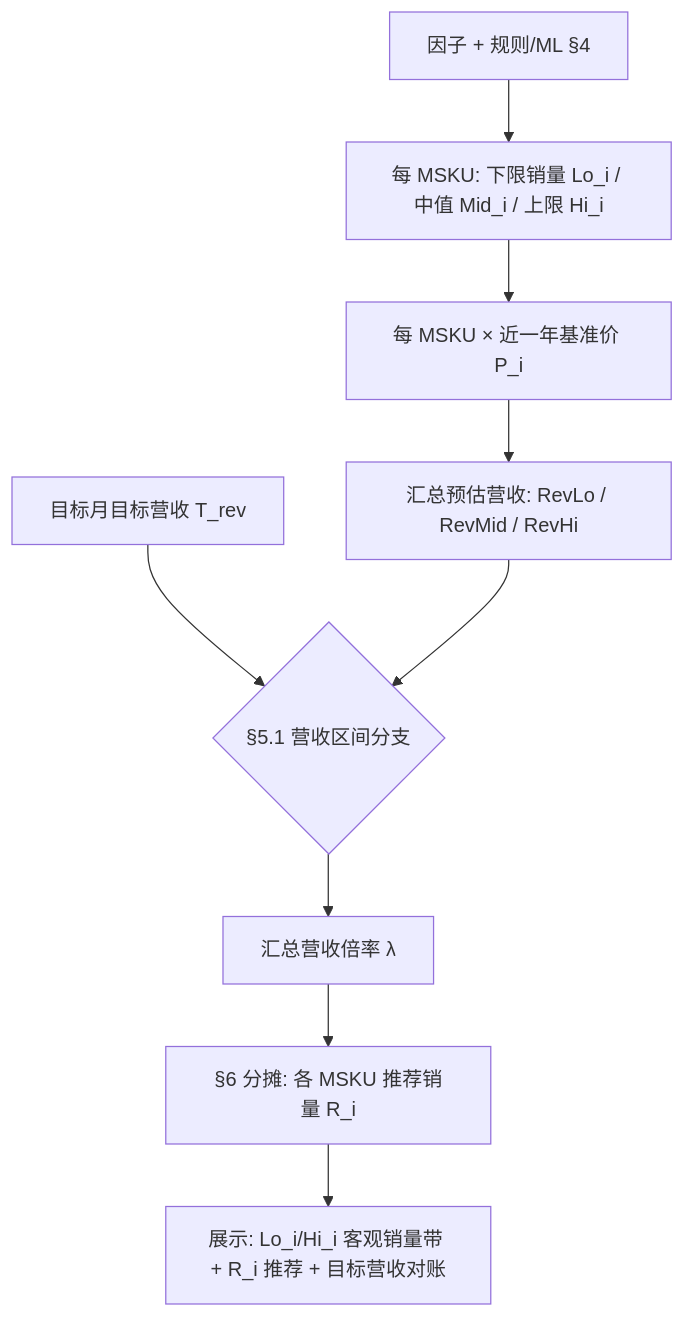
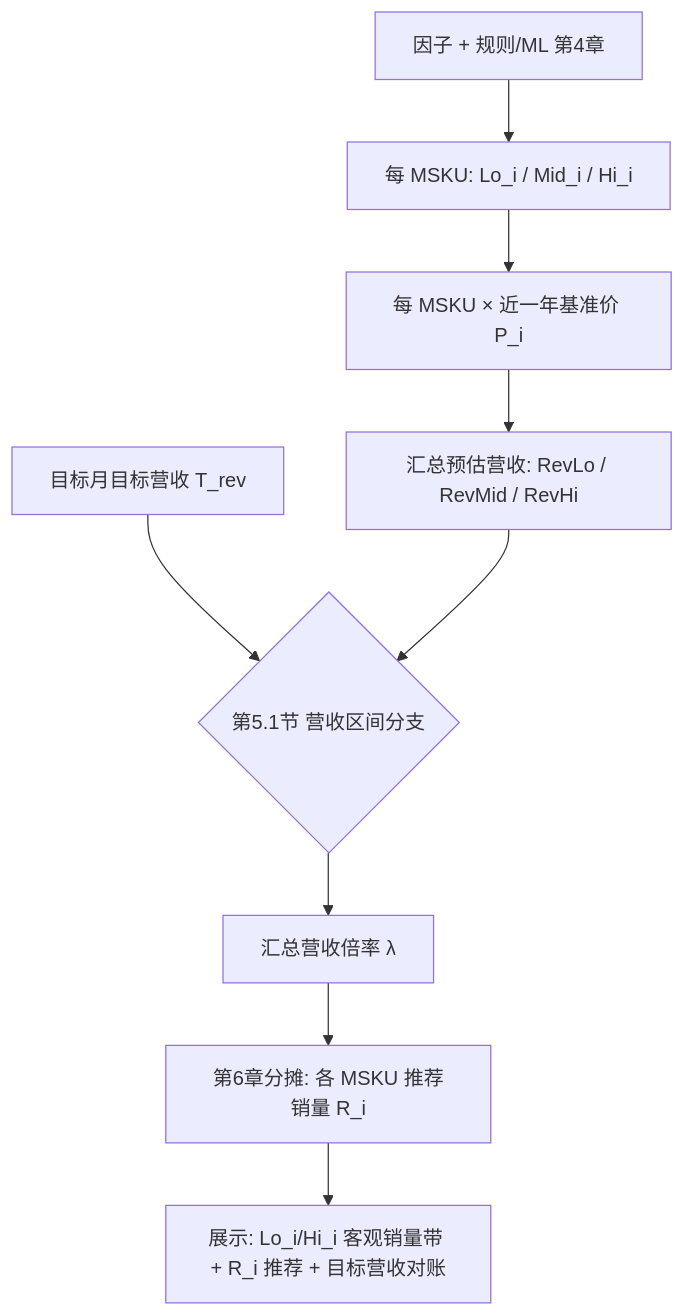
The diagram in 文件夹/项目/销量预测/需求文档/预测销量上下限规则-PRD.md (18501404120/cursor), drawn with Mermaid before and after one commit. The commit also changed other lines of this file, not shown here.

````diff
--- a/文件夹/项目/销量预测/需求文档/预测销量上下限规则-PRD.md
+++ b/文件夹/项目/销量预测/需求文档/预测销量上下限规则-PRD.md
@@ -62,11 +86,11 @@
 ```mermaid
 flowchart TD
-  A[因子 + 规则/ML §4] --> B[每 MSKU: 下限销量 Lo_i / 中值 Mid_i / 上限 Hi_i]
+  A[因子 + 规则/ML 第4章] --> B[每 MSKU: Lo_i / Mid_i / Hi_i]
   B --> C[每 MSKU × 近一年基准价 P_i]
   C --> D[汇总预估营收: RevLo / RevMid / RevHi]
-  E[目标月目标营收 T_rev] --> F{§5.1 营收区间分支}
+  E[目标月目标营收 T_rev] --> F{第5.1节 营收区间分支}
   D --> F
   F --> G[汇总营收倍率 λ]
-  G --> H[§6 分摊: 各 MSKU 推荐销量 R_i]
+  G --> H[第6章分摊: 各 MSKU 推荐销量 R_i]
   H --> I[展示: Lo_i/Hi_i 客观销量带 + R_i 推荐 + 目标营收对账]
 ```
````
